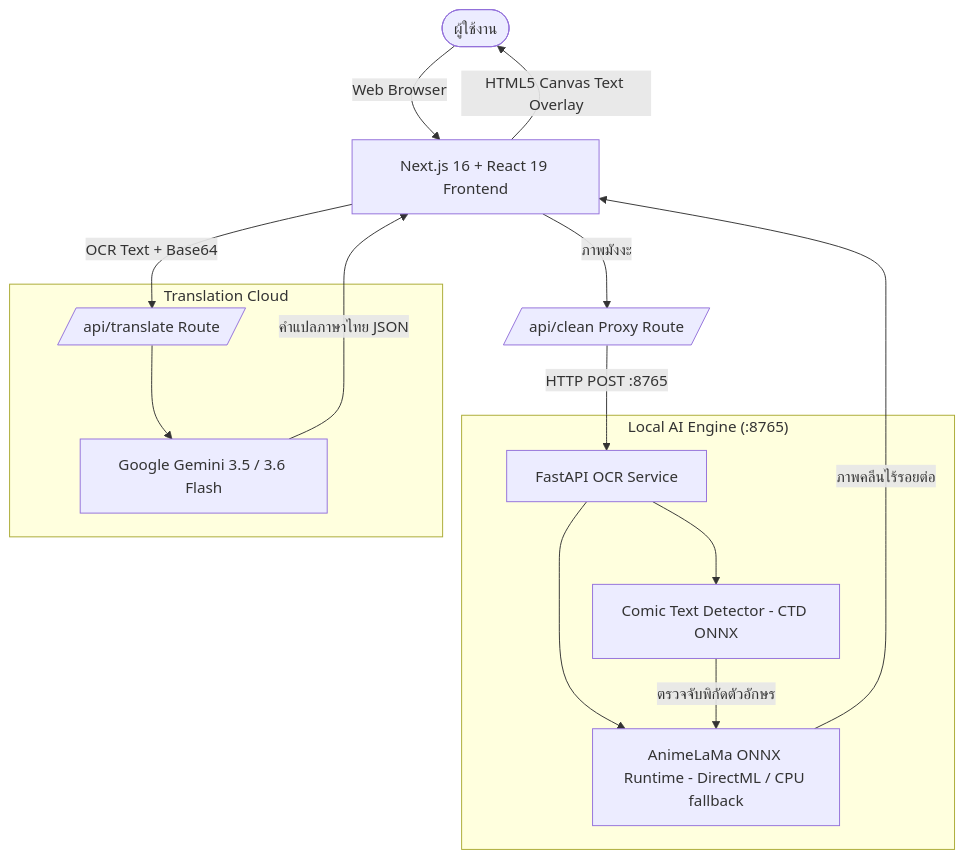
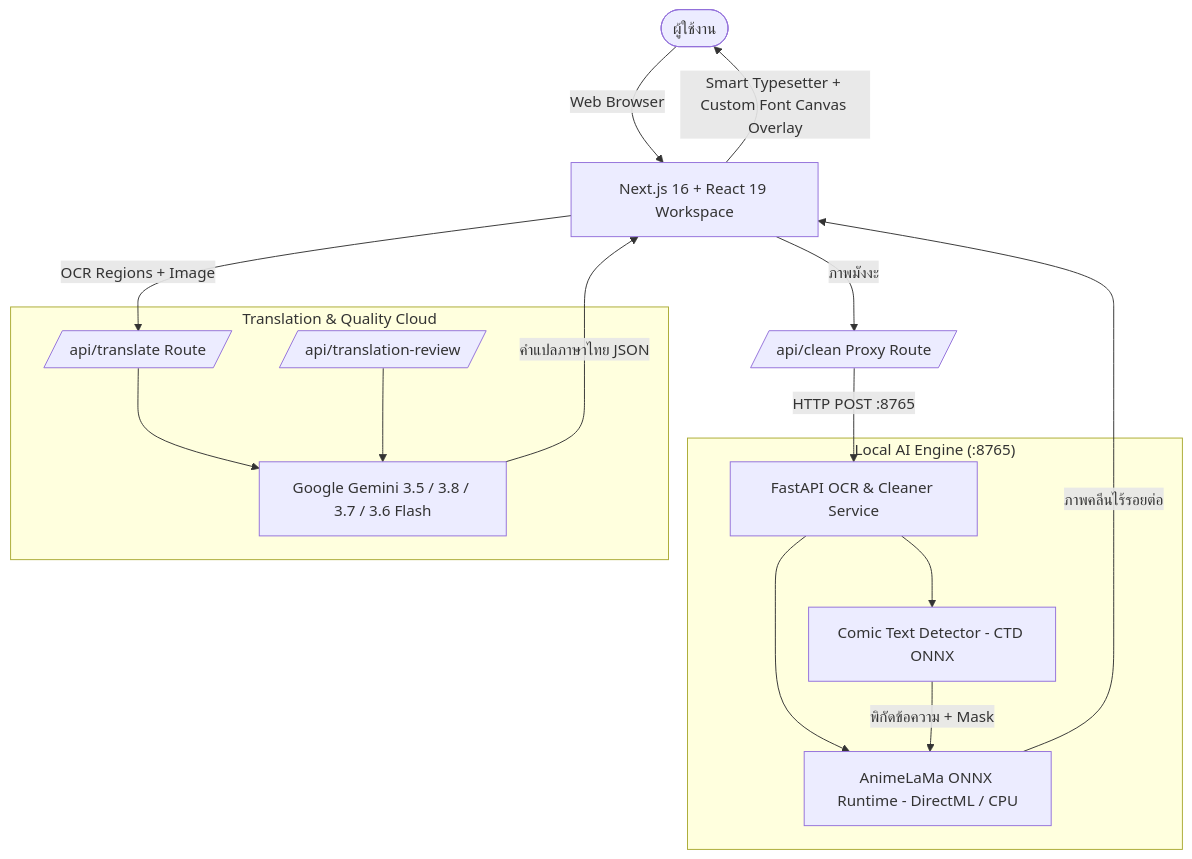
One commit to krgame00/SuperK changed the diagram in README.md. Above: the diagram before and after it, drawn with Mermaid. The commit also changed other lines of this file, not shown here.

Commit message:
docs(readme): update README with 16 Thai manga fonts, custom font upload, Smart Typesetter v4, B&W contrast modes, and 1-click launcher guide

````diff
--- a/README.md
+++ b/README.md
@@ -162,22 +163,23 @@
 ```mermaid
 graph TD
-    User([ผู้ใช้งาน]) -->|Web Browser| Frontend[Next.js 16 + React 19 Frontend]
+    User([ผู้ใช้งาน]) -->|Web Browser| Frontend[Next.js 16 + React 19 Workspace]
     Frontend -->|ภาพมังงะ| BackendProxy[/api/clean Proxy Route/]
-    BackendProxy -->|HTTP POST :8765| FastAPIService[FastAPI OCR Service]
+    BackendProxy -->|HTTP POST :8765| FastAPIService[FastAPI OCR & Cleaner Service]
     
     subgraph "Local AI Engine (:8765)"
         FastAPIService --> Detector[Comic Text Detector - CTD ONNX]
-        FastAPIService --> Inpainter[AnimeLaMa ONNX Runtime - DirectML / CPU fallback]
-        Detector -->|ตรวจจับพิกัดตัวอักษร| Inpainter
+        FastAPIService --> Inpainter[AnimeLaMa ONNX Runtime - DirectML / CPU]
+        Detector -->|พิกัดข้อความ + Mask| Inpainter
     end
 
-    Frontend -->|OCR Text + Base64| TranslateRoute[/api/translate Route/]
+    Frontend -->|OCR Regions + Image| TranslateRoute[/api/translate Route/]
     
-    subgraph "Translation Cloud"
-        TranslateRoute --> GeminiAPI[Google Gemini 3.5 / 3.6 Flash]
+    subgraph "Translation & Quality Cloud"
+        TranslateRoute --> GeminiAPI[Google Gemini 3.5 / 3.8 / 3.7 / 3.6 Flash]
+        ReviewRoute[/api/translation-review/] --> GeminiAPI
     end
 
     GeminiAPI -->|คำแปลภาษาไทย JSON| Frontend
     Inpainter -->|ภาพคลีนไร้รอยต่อ| Frontend
-    Frontend -->|HTML5 Canvas Text Overlay| User
+    Frontend -->|Smart Typesetter + Custom Font Canvas Overlay| User
 ```
````
